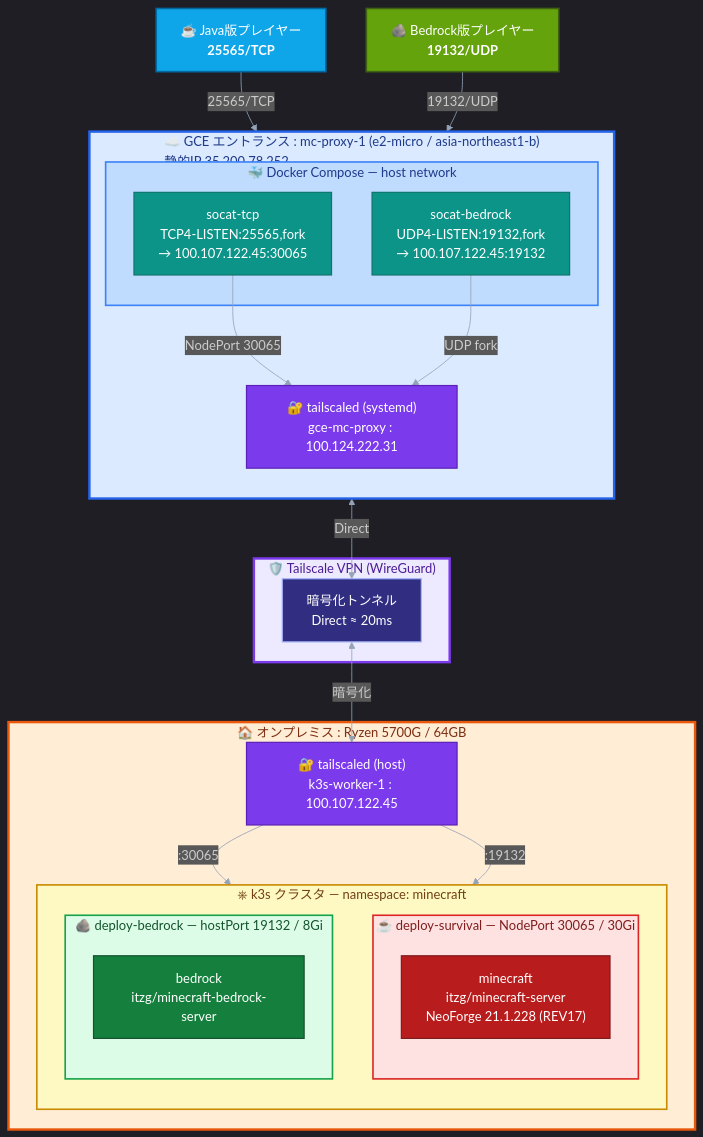
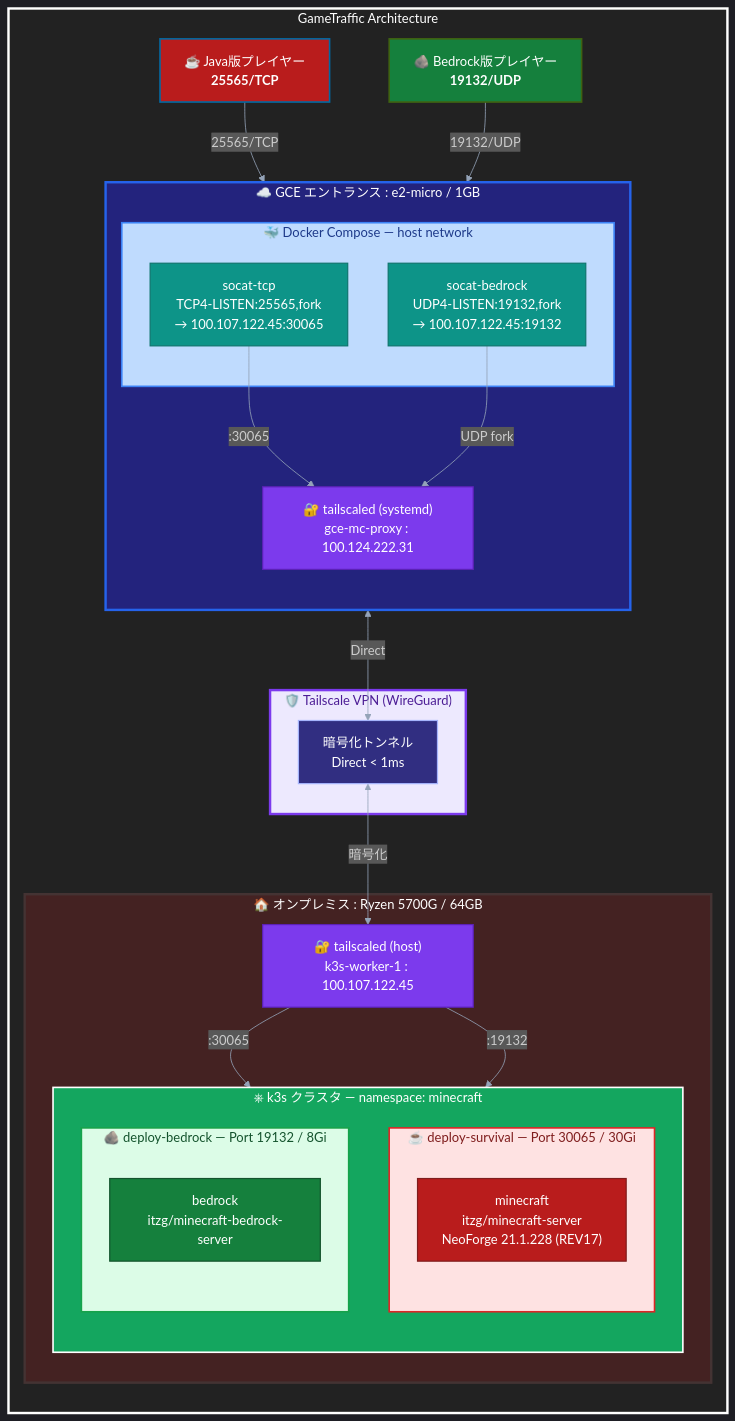
The diagram in Documents/Mermaids/infrastructure.mermaid (Tagomori0211/Minecraft-on-Kubenates), drawn with Mermaid before and after one commit. The commit also changed other lines of this file and 11 other files, not shown here.

Commit message:
Readme and mermaid fix

```diff
--- a/Documents/Mermaids/infrastructure.mermaid
+++ b/Documents/Mermaids/infrastructure.mermaid
@@ -1,83 +1,84 @@
 %%{init: {'theme':'dark', 'themeVariables': {
   'lineColor':'#94a3b8'
 }}}%%
-flowchart TD
-
+flowchart LR
+subgraph Legend["GameTraffic Architecture"]
     %% ───────────── プレイヤー ─────────────
     Player_Java["☕ Java版プレイヤー<br/><b>25565/TCP</b>"]
     Player_Bedrock["🪨 Bedrock版プレイヤー<br/><b>19132/UDP</b>"]
 
     %% ───────────── GCE エントランス ─────────────
-    subgraph GCE["☁️ GCE エントランス : mc-proxy-1 (e2-micro / asia-northeast1-b)<br/>静的IP 35.200.78.252"]
+    subgraph GCE["☁️ GCE エントランス : e2-micro / 1GB"]
         direction TB
         subgraph Compose["🐳 Docker Compose — host network"]
             SocatTCP["socat-tcp<br/>TCP4-LISTEN:25565,fork<br/>→ 100.107.122.45:30065"]
             SocatUDP["socat-bedrock<br/>UDP4-LISTEN:19132,fork<br/>→ 100.107.122.45:19132"]
         end
         TailscaledGCE["🔐 tailscaled (systemd)<br/>gce-mc-proxy : 100.124.222.31"]
     end
 
     %% ───────────── Tailscale VPN ─────────────
     subgraph TS["🛡️ Tailscale VPN (WireGuard)"]
-        TS_Net["暗号化トンネル<br/>Direct ≈ 20ms"]
+        TS_Net["暗号化トンネル<br/>Direct < 1ms"]
     end
 
     %% ───────────── オンプレ k3s ─────────────
     subgraph Onprem["🏠 オンプレミス : Ryzen 5700G / 64GB"]
         TailscaledK3s["🔐 tailscaled (host)<br/>k3s-worker-1 : 100.107.122.45"]
         subgraph K3s["⎈ k3s クラスタ — namespace: minecraft"]
             direction TB
-            subgraph Survival["☕ deploy-survival — NodePort 30065 / 30Gi"]
+            subgraph Survival["☕ deploy-survival — Port 30065 / 30Gi"]
                 direction TB
                 SvMc["minecraft<br/>itzg/minecraft-server<br/>NeoForge 21.1.228 (REV17)"]
 
             end
-            subgraph Bedrock["🪨 deploy-bedrock — hostPort 19132 / 8Gi"]
+            subgraph Bedrock["🪨 deploy-bedrock — Port 19132 / 8Gi"]
                 direction TB
                 BdSrv["bedrock<br/>itzg/minecraft-bedrock-server"]
 
             end
 
         end
     end
-
+end
 
     %% ───────────── データフロー ─────────────
     Player_Java    -->|"25565/TCP"| SocatTCP
     Player_Bedrock -->|"19132/UDP"| SocatUDP
 
-    SocatTCP -->|"NodePort 30065"| TailscaledGCE
+    SocatTCP -->|":30065"| TailscaledGCE
     SocatUDP -->|"UDP fork"| TailscaledGCE
     TailscaledGCE <-->|"Direct"| TS_Net
     TS_Net <-->|"暗号化"| TailscaledK3s
 
     TailscaledK3s -->|":30065"| Survival
     TailscaledK3s -->|":19132"| Bedrock
 
 
 
     %% ───────────── スタイル ─────────────
-    classDef player    fill:#0ea5e9,color:#fff,stroke:#0369a1,stroke-width:2px;
-    classDef playerBed fill:#65a30d,color:#fff,stroke:#3f6212,stroke-width:2px;
+    classDef player    fill:#b91c1c,color:#fff,stroke:#0369a1,stroke-width:2px;
+    classDef playerBed fill:#15803d,color:#fff,stroke:#3f6212,stroke-width:2px;
     classDef socat     fill:#0d9488,color:#fff,stroke:#0f766e,stroke-width:1.5px;
     classDef tsnode    fill:#7c3aed,color:#fff,stroke:#5b21b6,stroke-width:1.5px;
     classDef tsnet     fill:#312e81,color:#fff,stroke:#a5b4fc,stroke-width:1.5px;
     classDef svComp    fill:#b91c1c,color:#fff,stroke:#7f1d1d,stroke-width:1.5px;
     classDef bdComp    fill:#15803d,color:#fff,stroke:#14532d,stroke-width:1.5px;
     classDef ext       fill:#1e293b,color:#e2e8f0,stroke:#64748b,stroke-width:1.5px;
 
     class Player_Java player;
     class Player_Bedrock playerBed;
     class SocatTCP,SocatUDP socat;
     class TailscaledGCE,TailscaledK3s tsnode;
     class TS_Net tsnet;
     class SvMc,SvMon,SvLog svComp;
     class BdSrv,BdMon bdComp;
     
-    style GCE        fill:#dbeafe,color:#1e3a8a,stroke:#2563eb,stroke-width:3px;
+    style GCE        fill:#23237d,color:#ffffff,stroke:#2563eb,stroke-width:3px;
     style Compose    fill:#bfdbfe,color:#1e3a8a,stroke:#3b82f6,stroke-width:2px;
     style TS         fill:#ede9fe,color:#4c1d95,stroke:#7c3aed,stroke-width:3px;
-    style Onprem     fill:#ffedd5,color:#7c2d12,stroke:#ea580c,stroke-width:3px;
-    style K3s        fill:#fef9c3,color:#713f12,stroke:#ca8a04,stroke-width:2px;
+    style Onprem     fill:#442222,color:#ffffff,stroke:#443333,stroke-width:3px;
+    style K3s        fill:#14A65F,color:#ffffff,stroke:#fff,stroke-width:2px;
     style Survival   fill:#fee2e2,color:#7f1d1d,stroke:#dc2626,stroke-width:2px;
     style Bedrock    fill:#dcfce7,color:#14532d,stroke:#16a34a,stroke-width:2px;
+    style Legend     fill:#222222,color:#ffffff,stroke:#ffffff,stroke-width:3px;
```
